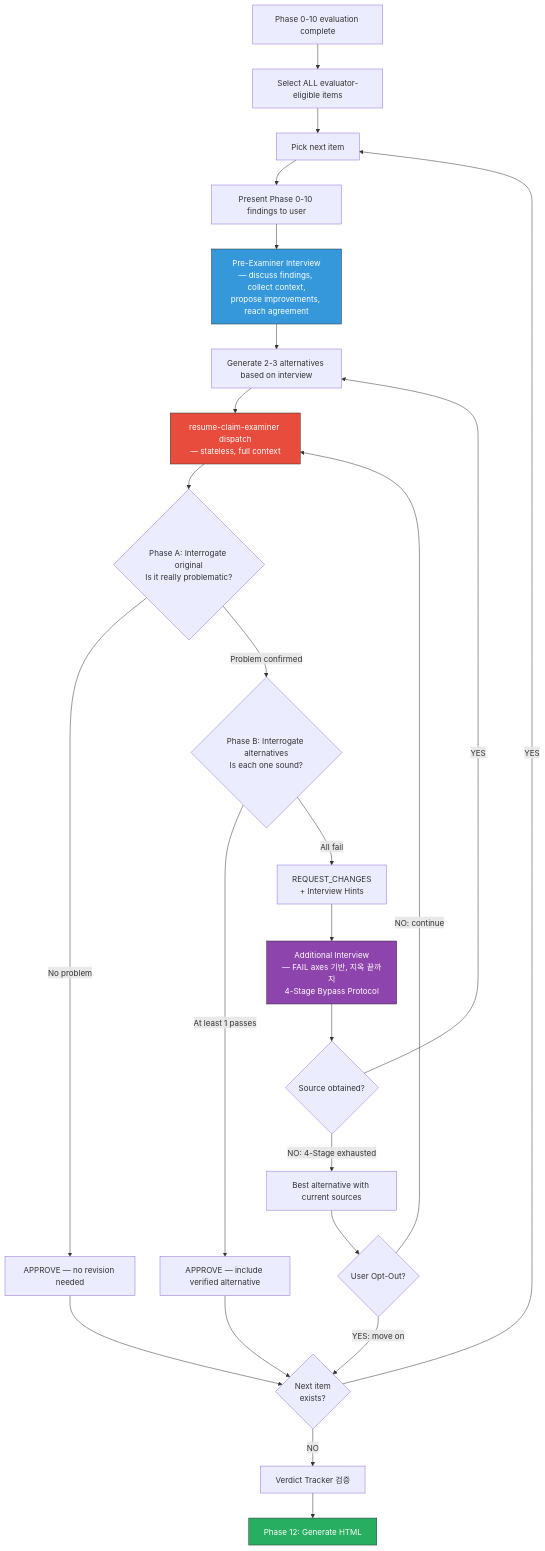
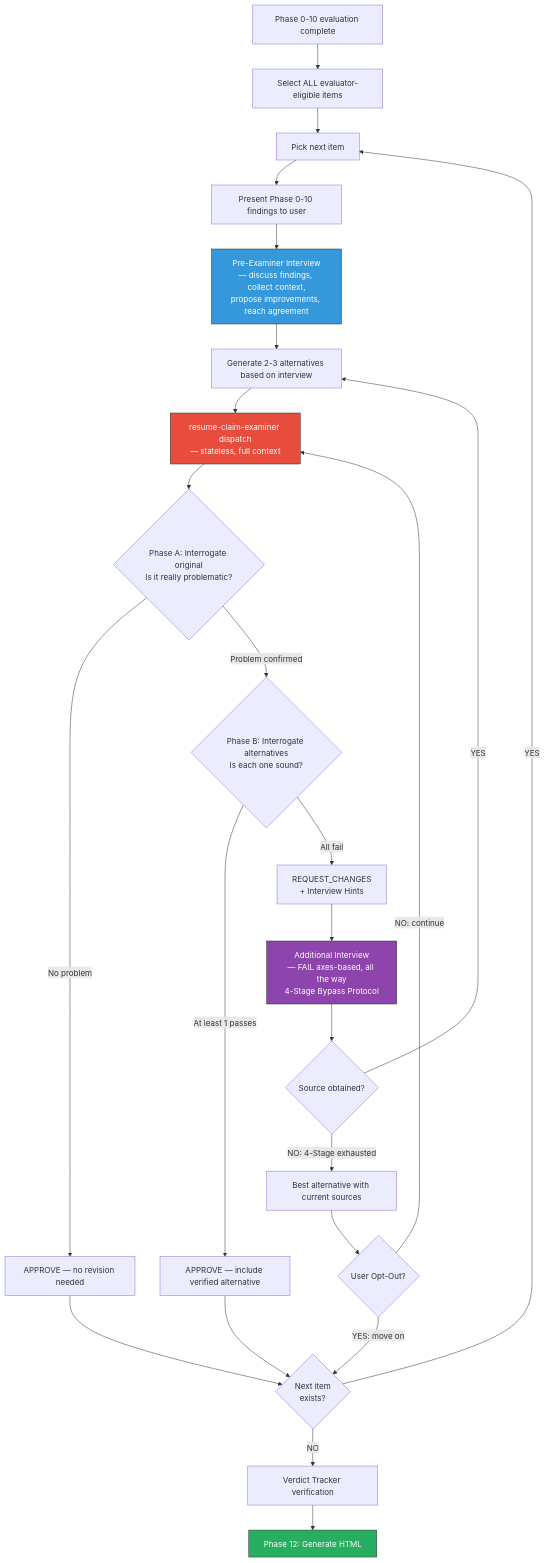
One commit to toongri/oh-my-toong-playground changed the third of 3 diagrams in skills/review-resume/SKILL.md. Above: the diagram before and after it, drawn with Mermaid. The commit also changed other lines of this file and 10 other files, not shown here.

````diff
--- a/skills/review-resume/SKILL.md
+++ b/skills/review-resume/SKILL.md
@@ -473,37 +473,37 @@
 ```mermaid
 flowchart TB
     START[Phase 0-10 evaluation complete] --> SELECT[Select ALL evaluator-eligible items]
     SELECT --> PICK[Pick next item]
 
     PICK --> PRESENT[Present Phase 0-10 findings to user]
     PRESENT --> INTERVIEW_PRE[Pre-Examiner Interview\n— discuss findings, collect context,\npropose improvements, reach agreement]
     INTERVIEW_PRE --> ALT[Generate 2-3 alternatives based on interview]
     ALT --> DISPATCH[resume-claim-examiner dispatch\n— stateless, full context]
 
     DISPATCH --> DIAG{Phase A: Interrogate original\nIs it really problematic?}
     DIAG -->|No problem| APPROVE_ORIG[APPROVE — no revision needed]
     DIAG -->|Problem confirmed| ALTEVAL{Phase B: Interrogate alternatives\nIs each one sound?}
 
     ALTEVAL -->|At least 1 passes| APPROVE_ALT[APPROVE — include verified alternative]
     ALTEVAL -->|All fail| CHANGES[REQUEST_CHANGES\n+ Interview Hints]
 
-    CHANGES --> INTERVIEW_POST[Additional Interview\n— FAIL axes 기반, 지옥 끝까지\n4-Stage Bypass Protocol]
+    CHANGES --> INTERVIEW_POST[Additional Interview\n— FAIL axes-based, all the way\n4-Stage Bypass Protocol]
     INTERVIEW_POST --> SOURCE{Source obtained?}
     SOURCE -->|YES| ALT
     SOURCE -->|NO: 4-Stage exhausted| BEST[Best alternative with current sources]
     BEST --> OPTOUT{User Opt-Out?}
     OPTOUT -->|YES: move on| NEXT
     OPTOUT -->|NO: continue| DISPATCH
 
     APPROVE_ORIG --> NEXT{Next item\nexists?}
     APPROVE_ALT --> NEXT
 
     NEXT -->|YES| PICK
-    NEXT -->|NO| VERDICT_CHECK[Verdict Tracker 검증]
+    NEXT -->|NO| VERDICT_CHECK[Verdict Tracker verification]
     VERDICT_CHECK --> DONE[Phase 12: Generate HTML]
 
     style DISPATCH fill:#e74c3c,stroke:#333,color:#fff
     style INTERVIEW_PRE fill:#3498db,stroke:#333,color:#fff
     style INTERVIEW_POST fill:#8e44ad,stroke:#333,color:#fff
     style DONE fill:#27ae60,stroke:#333,color:#fff
 ```
````
